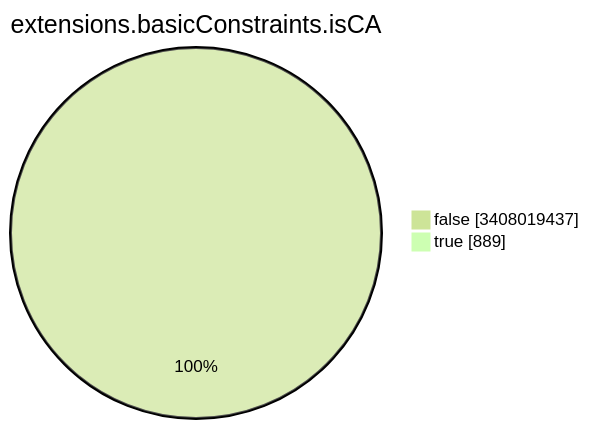
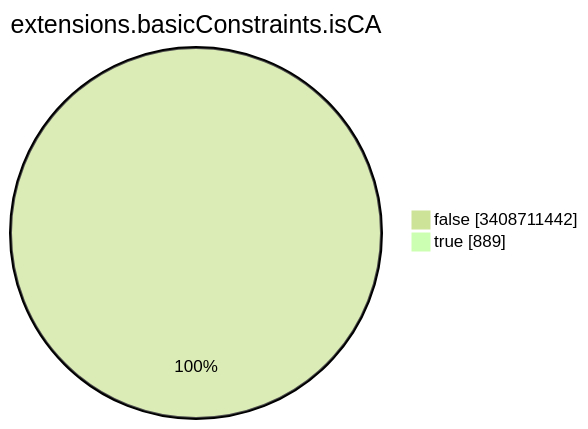
Before and after one commit to christiankrug/ctmonitor_visualization: the seventh of 15 diagrams in TOTAL/README.md, drawn with Mermaid (forest theme). The commit also changed other lines of this file, not shown here.

````diff
--- a/TOTAL/README.md
+++ b/TOTAL/README.md
@@ -3092,6 +3092,6 @@
 ```mermaid
 pie showData
 title extensions.basicConstraints.isCA
-"false" :3408019437
+"false" :3408711442
 "true" :889
 ```
````
